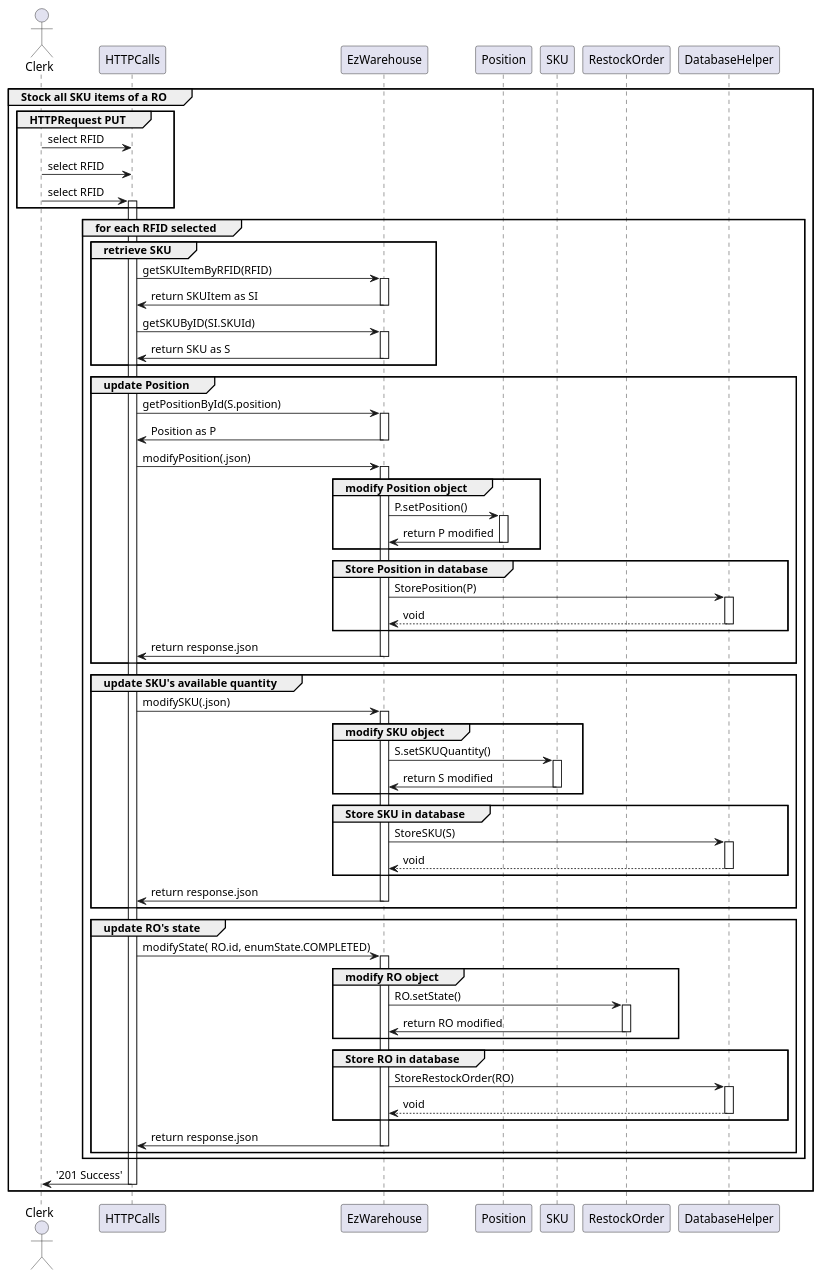
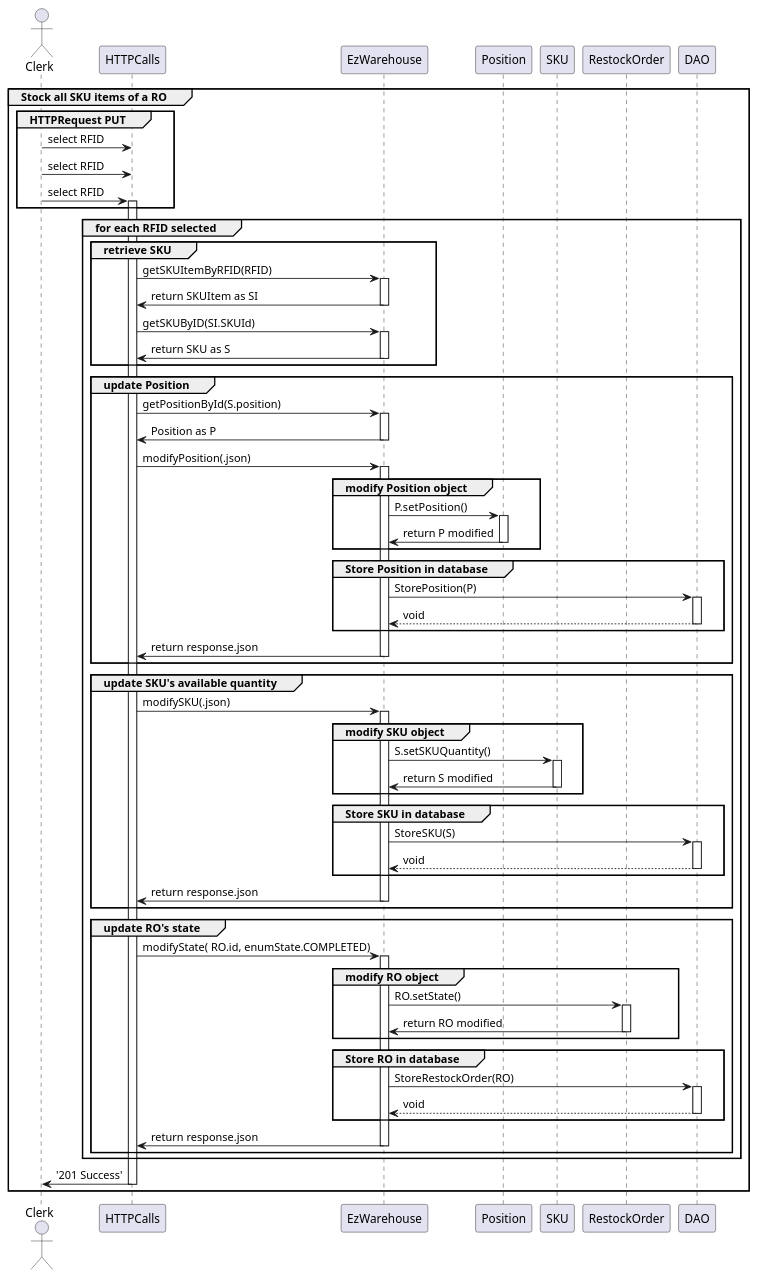
Diagram 12 of 19 in DESIGN PART/DesignDocument.md (DavideArcolini/SoftEng_garbageCollector), drawn with PlantUML before and after one commit. The commit also changed other lines of this file, not shown here.

```diff
--- a/DESIGN PART/DesignDocument.md
+++ b/DESIGN PART/DesignDocument.md
@@ -813,7 +744,7 @@
 participant Position as Position
 participant SKU as SKU
 participant RestockOrder
-participant DatabaseHelper as DatabaseHelper
+participant DAO as DAO
 group HTTPRequest PUT
 Clerk -> HTTPCalls : select RFID
 Clerk -> HTTPCalls : select RFID
@@ -848,10 +779,10 @@
 deactivate Position
 end
 group Store Position in database
-EzWarehouse -> DatabaseHelper: StorePosition(P)
-activate DatabaseHelper
-DatabaseHelper --> EzWarehouse: void
-deactivate DatabaseHelper
+EzWarehouse -> DAO: StorePosition(P)
+activate DAO
+DAO --> EzWarehouse: void
+deactivate DAO
 end
 EzWarehouse->HTTPCalls: return response.json
 deactivate EzWarehouse
@@ -867,10 +798,10 @@
 deactivate SKU
 end
 group Store SKU in database
-EzWarehouse -> DatabaseHelper: StoreSKU(S)
-activate DatabaseHelper
-DatabaseHelper --> EzWarehouse: void
-deactivate DatabaseHelper
+EzWarehouse -> DAO: StoreSKU(S)
+activate DAO
+DAO --> EzWarehouse: void
+deactivate DAO
 end
 activate EzWarehouse
 EzWarehouse->HTTPCalls: return response.json
@@ -888,10 +819,10 @@
 deactivate RestockOrder
 end
 group Store RO in database
-EzWarehouse -> DatabaseHelper: StoreRestockOrder(RO)
-activate DatabaseHelper
-DatabaseHelper --> EzWarehouse: void
-deactivate DatabaseHelper
+EzWarehouse -> DAO: StoreRestockOrder(RO)
+activate DAO
+DAO --> EzWarehouse: void
+deactivate DAO
 end
 EzWarehouse->HTTPCalls: return response.json
 deactivate EzWarehouse
```
